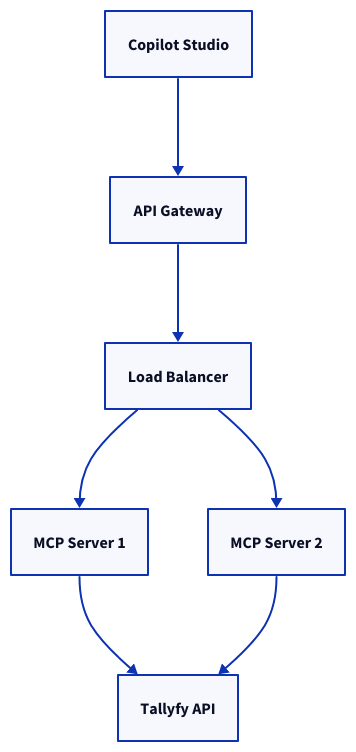
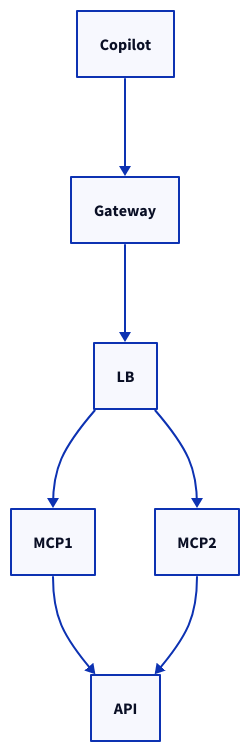
One commit to tallyfy/documentation changed the third of 3 diagrams in src/content/docs/pro/integrations/mcp-server/microsoft-copilot-studio/index.mdx. Above: the diagram before and after it, drawn with D2. The commit also changed other lines of this file and 605 other files, not shown here.

````diff
--- a/src/content/docs/pro/integrations/mcp-server/microsoft-copilot-studio/index.mdx
+++ b/src/content/docs/pro/integrations/mcp-server/microsoft-copilot-studio/index.mdx
@@ -144,24 +118,14 @@
 ```d2
-API: "API"
-Copilot: "Copilot"
-Gateway: "Gateway"
-LB: "LB"
-MCP1: "MCP1"
-MCP2: "MCP2"
-Copilot: Copilot Studio {shape: rectangle}
-Gateway: API Gateway {shape: rectangle}
-LB: Load Balancer {shape: rectangle}
-MCP1: MCP Server 1 {shape: rectangle}
-MCP2: MCP Server 2 {shape: rectangle}
-API: Tallyfy API {shape: rectangle}
-
+API: API
+Copilot: Copilot
+Gateway: Gateway
+LB: LB
+MCP1: MCP1
+MCP2: MCP2
 Copilot -> Gateway
 Gateway -> LB
-
 LB -> MCP1
 LB -> MCP2
-
 MCP1 -> API
 MCP2 -> API
-
 ```
````
